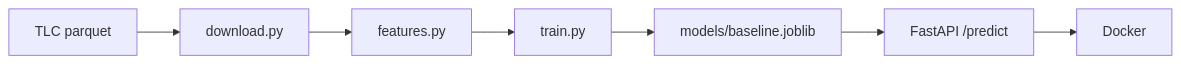
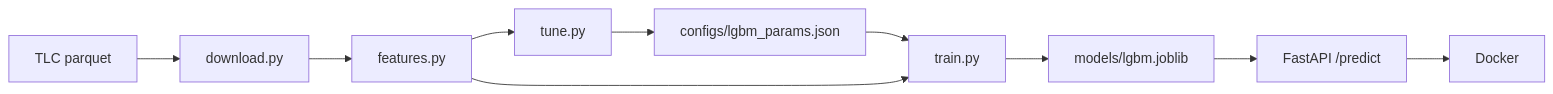
Before and after one commit to purringcoal/nyc-taxi-eta: the diagram in README.md, drawn with Mermaid. The commit also changed other lines of this file and 8 other files, not shown here.

````diff
--- a/README.md
+++ b/README.md
@@ -74,9 +122,12 @@
 ```mermaid
 flowchart LR
     A[TLC parquet] --> B[download.py]
     B --> C[features.py]
-    C --> D[train.py]
-    D --> E[models/baseline.joblib]
+    C --> T[tune.py]
+    T --> P[configs/lgbm_params.json]
+    P --> D[train.py]
+    C --> D
+    D --> E[models/lgbm.joblib]
     E --> F[FastAPI /predict]
     F --> G[Docker]
 ```
````
